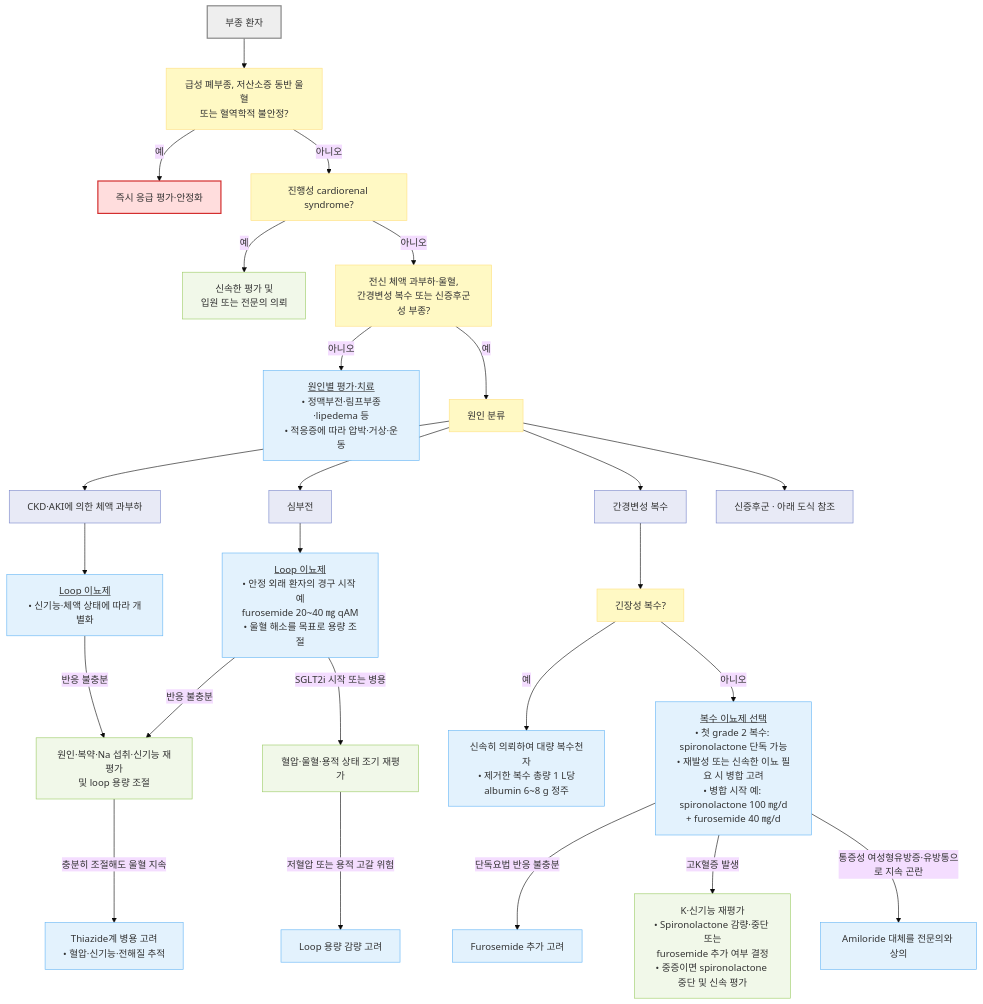
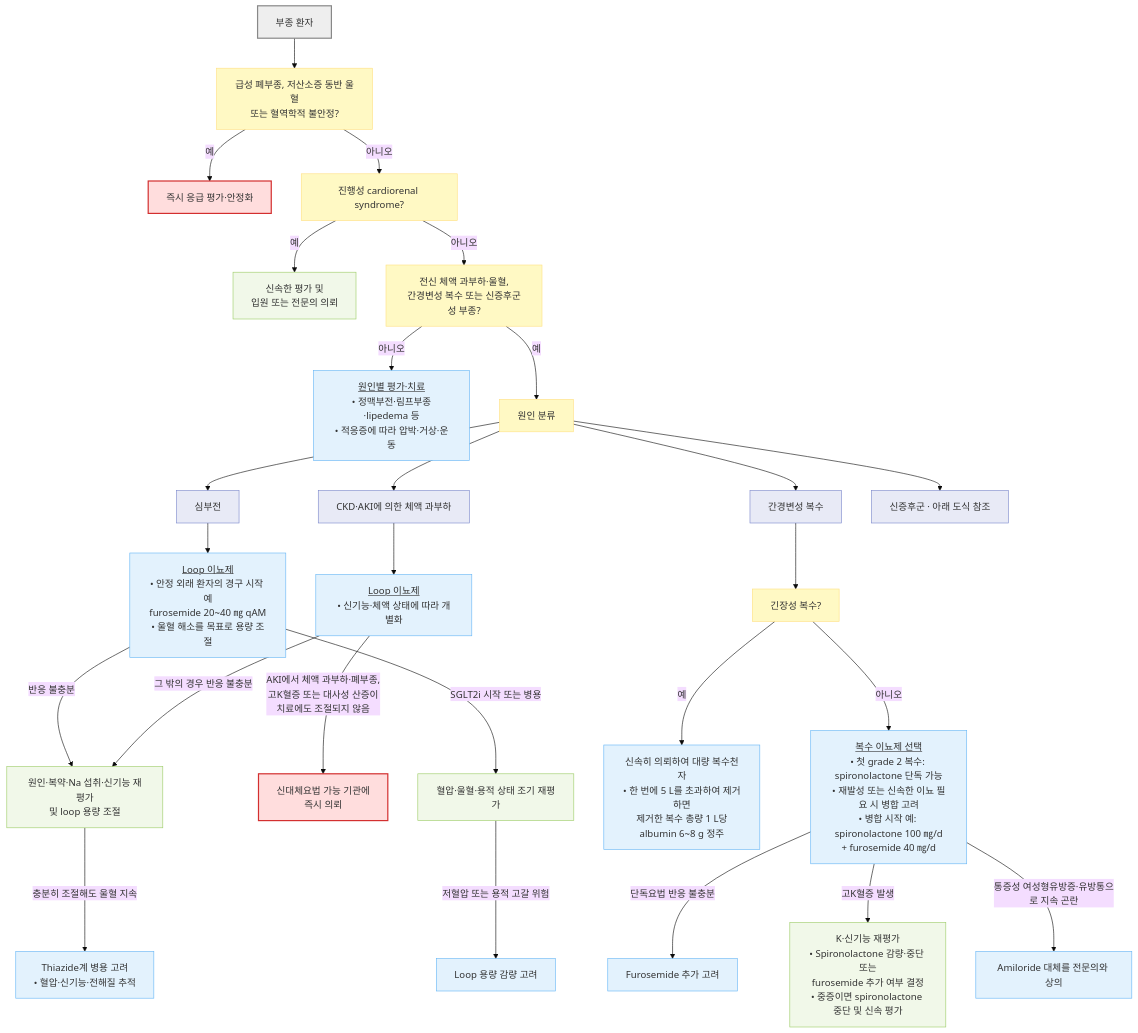
The fourth of 5 diagrams in 220_/012_-edema.md (familyoh77/familyoh77), drawn with Mermaid (base theme) before and after one commit. The commit also changed other lines of this file, not shown here.

````diff
--- a/220_/012_-edema.md
+++ b/220_/012_-edema.md
@@ -404,40 +407,41 @@
 ```mermaid
 flowchart TD
     ST["부종 환자"] --> A["급성 폐부종, 저산소증 동반 울혈<br/>또는 혈역학적 불안정?"]
     A -- "예" --> EM["즉시 응급 평가·안정화"]
     A -- "아니오" --> P["진행성 cardiorenal syndrome?"]
     P -- "예" --> R["신속한 평가 및<br/>입원 또는 전문의 의뢰"]
     P -- "아니오" --> B["전신 체액 과부하·울혈,<br/>간경변성 복수 또는 신증후군성 부종?"]
     B -- "아니오" --> Z["<u>원인별 평가·치료</u><br/>• 정맥부전·림프부종·lipedema 등<br/>• 적응증에 따라 압박·거상·운동"]
     B -- "예" --> C["원인 분류"]
     C --> HF["심부전"]
     C --> RK["CKD·AKI에 의한 체액 과부하"]
     C --> CI["간경변성 복수"]
     C --> NS["신증후군 · 아래 도식 참조"]
     HF --> HF1["<u>Loop 이뇨제</u><br/>• 안정 외래 환자의 경구 시작 예<br/>furosemide 20~40 ㎎ qAM<br/>• 울혈 해소를 목표로 용량 조절"]
     RK --> RK1["<u>Loop 이뇨제</u><br/>• 신기능·체액 상태에 따라 개별화"]
     HF1 -- "반응 불충분" --> H2["원인·복약·Na 섭취·신기능 재평가<br/>및 loop 용량 조절"]
-    RK1 -- "반응 불충분" --> H2
+    RK1 -- "AKI에서 체액 과부하·폐부종,<br/>고K혈증 또는 대사성 산증이<br/>치료에도 조절되지 않음" --> RRT["신대체요법 가능 기관에<br/>즉시 의뢰"]
+    RK1 -- "그 밖의 경우 반응 불충분" --> H2
     H2 -- "충분히 조절해도 울혈 지속" --> H3["Thiazide계 병용 고려<br/>• 혈압·신기능·전해질 추적"]
     HF1 -- "SGLT2i 시작 또는 병용" --> HF3["혈압·울혈·용적 상태 조기 재평가"]
     HF3 -- "저혈압 또는 용적 고갈 위험" --> HF4["Loop 용량 감량 고려"]
     CI --> CI0["긴장성 복수?"]
-    CI0 -- "예" --> CI2["신속히 의뢰하여 대량 복수천자<br/>• 제거한 복수 총량 1 L당<br/>albumin 6~8 g 정주"]
+    CI0 -- "예" --> CI2["신속히 의뢰하여 대량 복수천자<br/>• 한 번에 5 L를 초과하여 제거하면<br/>제거한 복수 총량 1 L당<br/>albumin 6~8 g 정주"]
     CI0 -- "아니오" --> CI1["<u>복수 이뇨제 선택</u><br/>• 첫 grade 2 복수: spironolactone 단독 가능<br/>• 재발성 또는 신속한 이뇨 필요 시 병합 고려<br/>• 병합 시작 예: spironolactone 100 ㎎/d<br/>+ furosemide 40 ㎎/d"]
     CI1 -- "단독요법 반응 불충분" --> CI4["Furosemide 추가 고려"]
     CI1 -- "고K혈증 발생" --> CI5["K·신기능 재평가<br/>• Spironolactone 감량·중단 또는<br/>furosemide 추가 여부 결정<br/>• 중증이면 spironolactone 중단 및 신속 평가"]
     CI1 -- "통증성 여성형유방증·유방통으로 지속 곤란" --> CI3["Amiloride 대체를 전문의와 상의"]
 
     classDef start fill:#eeeeee,stroke:#888888,stroke-width:2px
     classDef question fill:#fff9c4,stroke:#ffe082
     classDef emergency fill:#ffdddd,stroke:#d32f2f,stroke-width:2px
     classDef evaluation fill:#f1f8e9,stroke:#9ccc65
     classDef treatment fill:#e3f2fd,stroke:#64b5f6
     classDef followup fill:#e8eaf6,stroke:#7986cb
     class ST start
     class A,P,B,C,CI0 question
-    class EM emergency
+    class EM,RRT emergency
     class R,H2,HF3,CI5 evaluation
     class Z,HF1,RK1,H3,HF4,CI1,CI2,CI3,CI4 treatment
     class HF,RK,CI,NS followup
 ```
````
